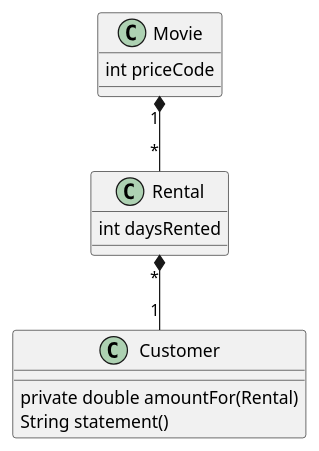
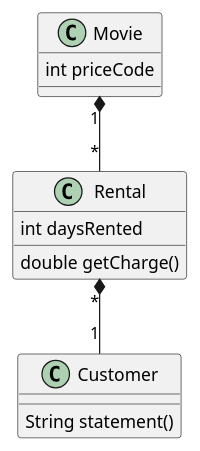
Before and after one commit to rony76/martin-fowler-example: the diagram in src/main/resources/MovieRentalCustomer.puml, drawn with PlantUML. The commit also changed 2 other files, not shown here.

Commit message:
Move method: Rental.getCharge()

```diff
--- a/src/main/resources/MovieRentalCustomer.puml
+++ b/src/main/resources/MovieRentalCustomer.puml
@@ -1,19 +1,19 @@
 @startuml
 
 Movie "1" *-- "*" Rental
 Rental "*" *-- "1" Customer
 
 class Movie {
     int priceCode
 }
 
 class Rental {
     int daysRented
+    double getCharge()
 }
 
 class Customer {
-    private double amountFor(Rental)
     String statement()
 }
 
 @enduml
```
